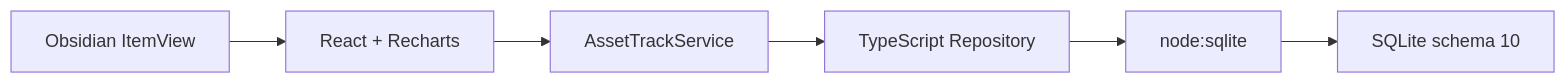
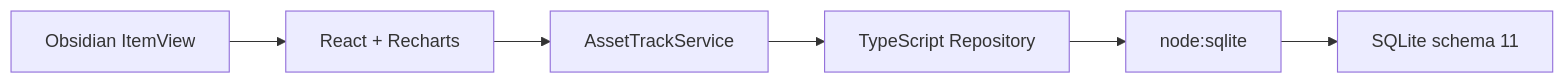
The diagram in docs/04-architecture.md (ApoclyReol/AssetTrack-Obsidian), drawn with Mermaid before and after one commit. The commit also changed other lines of this file and 109 other files, not shown here.

````diff
--- a/docs/04-architecture.md
+++ b/docs/04-architecture.md
@@ -20,8 +20,8 @@
 ```mermaid
 flowchart LR
     A["Obsidian ItemView"] --> B["React + Recharts"]
     B --> C["AssetTrackService"]
     C --> D["TypeScript Repository"]
     D --> E["node:sqlite"]
-    E --> F["SQLite schema 10"]
+    E --> F["SQLite schema 11"]
 ```
````
